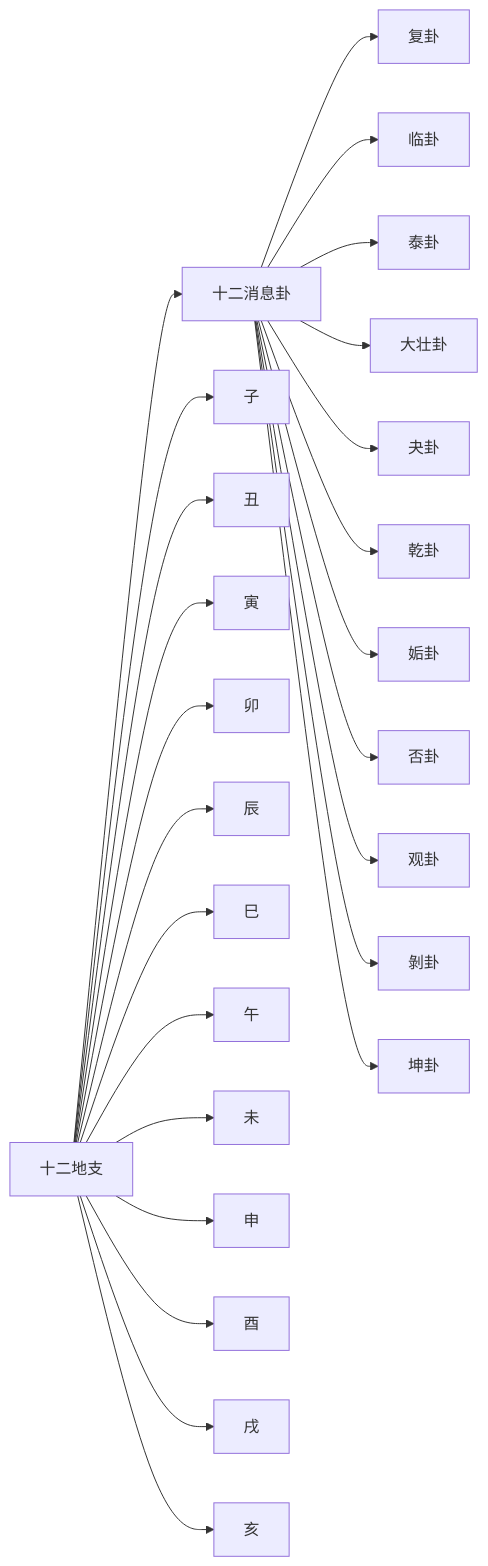
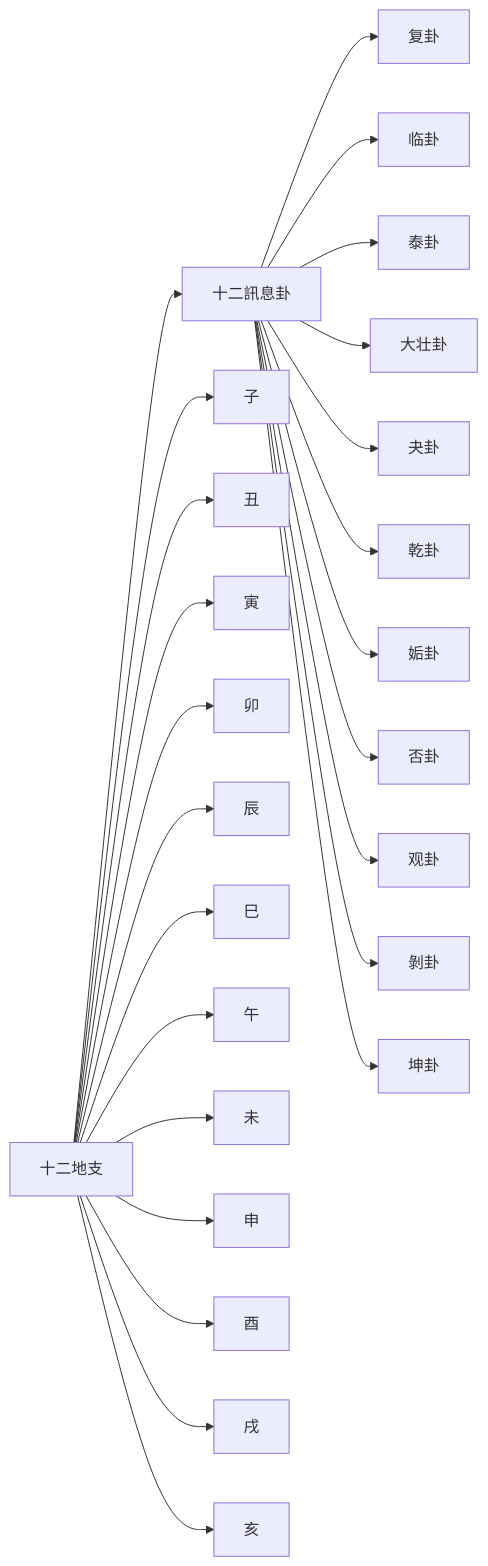
Before and after one commit to kmjade/knowledge-value: the third of 3 diagrams in 3 Resources/04-Interests/易学/02-易经核心/十二消息卦.md, drawn with Mermaid. The commit also changed other lines of this file and 653 other files, not shown here.

````diff
--- a/3 Resources/04-Interests/易学/02-易经核心/十二消息卦.md
+++ b/3 Resources/04-Interests/易学/02-易经核心/十二消息卦.md
@@ -247,29 +247,29 @@
 ```mermaid
 graph LR
-    A[十二地支] --> B[十二消息卦]
+    A[十二地支] --> B[十二訊息卦]
     
     A --> 子[子]
     A --> 丑[丑]
     A --> 寅[寅]
     A --> 卯[卯]
     A --> 辰[辰]
     A --> 巳[巳]
     A --> 午[午]
     A --> 未[未]
     A --> 申[申]
     A --> 酉[酉]
     A --> 戌[戌]
     A --> 亥[亥]
     
     B --> 复[复卦]
     B --> 临[临卦]
     B --> 泰[泰卦]
     B --> 大壮[大壮卦]
     B --> 夬[夬卦]
     B --> 乾[乾卦]
     B --> 姤[姤卦]
     B --> 否[否卦]
     B --> 观[观卦]
     B --> 剥[剝卦]
     B --> 坤[坤卦]
 ```
````
